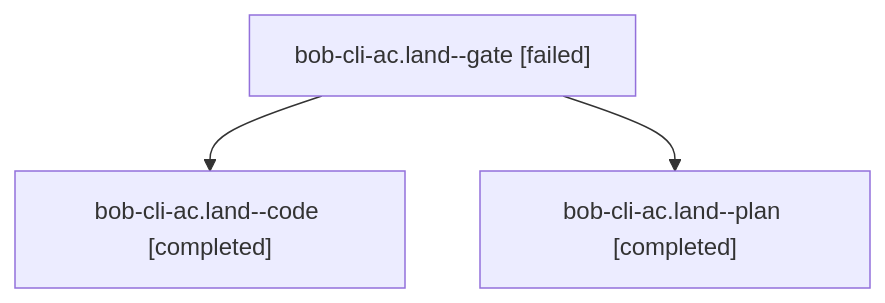
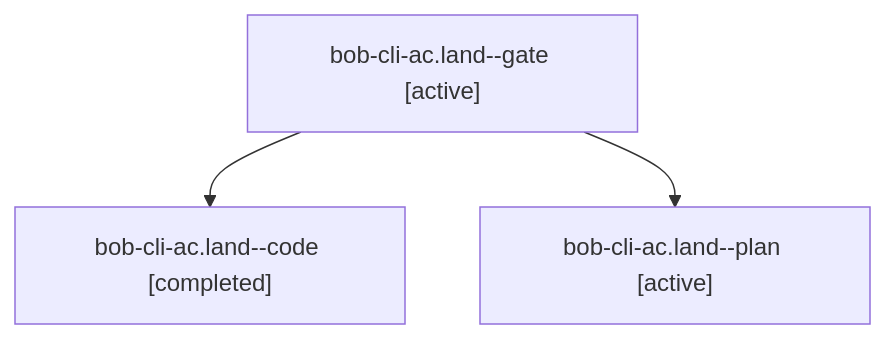
The diagram in sessions/bbugyi200.apollo.bob-cli-ac.land.md (bobs-org/bob-cli--agents), drawn with Mermaid before and after one commit. The commit also changed other lines of this file and 1837 other files, not shown here.

````diff
--- a/sessions/bbugyi200.apollo.bob-cli-ac.land.md
+++ b/sessions/bbugyi200.apollo.bob-cli-ac.land.md
@@ -9,8 +9,8 @@
 ```mermaid
 flowchart TD
-  n0["bob-cli-ac.land--gate [failed]"]
+  n0["bob-cli-ac.land--gate [active]"]
   n1["bob-cli-ac.land--code [completed]"]
   n0 --> n1
-  n2["bob-cli-ac.land--plan [completed]"]
+  n2["bob-cli-ac.land--plan [active]"]
   n0 --> n2
 ```
````
